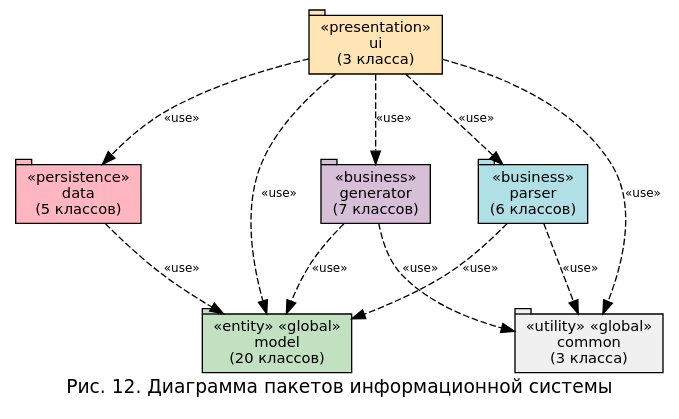
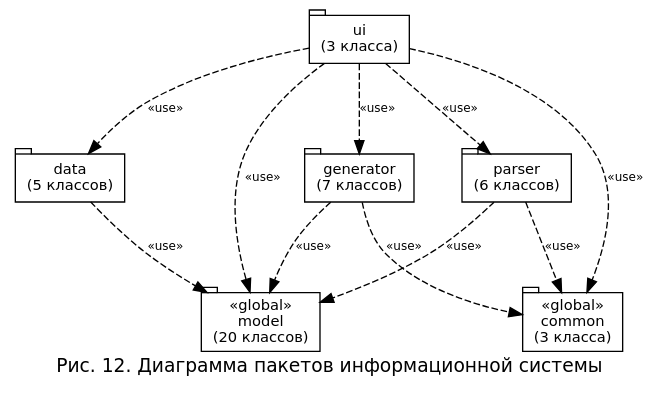
The diagram in diagrams/packages.dot (nastolbov/AutoTestGeneratorUpdate), drawn with Graphviz before and after one commit. The commit also changed 37 other files, not shown here.

```diff
--- a/diagrams/packages.dot
+++ b/diagrams/packages.dot
@@ -1,34 +1,29 @@
 digraph Packages {
-    rankdir=TB;
-    fontname="DejaVu Sans";
-    label="Рис. 12. Диаграмма пакетов информационной системы";
-    labelloc="b";
-    fontsize=14;
-    nodesep=0.5;
-    ranksep=0.8;
+    rankdir=TB; fontname="DejaVu Sans"; fontsize=14;
+    label="Рис. 12. Диаграмма пакетов информационной системы"; labelloc=b;
+    nodesep=0.5; ranksep=0.8;
+    node [shape=tab, fontname="DejaVu Sans", fontsize=11, style=filled, fillcolor=white];
+    edge [color=black, fontname="DejaVu Sans", fontsize=9];
 
-    node [shape=tab, fontname="DejaVu Sans", fontsize=11, style="filled"];
-    edge [fontname="DejaVu Sans", fontsize=9];
-
-    ui       [label="«presentation»\nui\n(3 класса)",      fillcolor="#FFE4B5"];
-    parser   [label="«business»\nparser\n(6 классов)",      fillcolor="#B0E0E6"];
-    generator[label="«business»\ngenerator\n(7 классов)",   fillcolor="#D8BFD8"];
-    data     [label="«persistence»\ndata\n(5 классов)",     fillcolor="#FFB6C1"];
-    model    [label="«entity» «global»\nmodel\n(20 классов)", fillcolor="#C1E1C1"];
-    common   [label="«utility» «global»\ncommon\n(3 класса)", fillcolor="#F0F0F0"];
+    ui        [label="ui\n(3 класса)"];
+    parser    [label="parser\n(6 классов)"];
+    generator [label="generator\n(7 классов)"];
+    data      [label="data\n(5 классов)"];
+    model     [label="«global»\nmodel\n(20 классов)"];
+    common    [label="«global»\ncommon\n(3 класса)"];
 
     ui -> parser    [label="«use»", style=dashed];
     ui -> generator [label="«use»", style=dashed];
     ui -> data      [label="«use»", style=dashed];
     ui -> model     [label="«use»", style=dashed];
     ui -> common    [label="«use»", style=dashed];
 
     parser    -> model  [label="«use»", style=dashed];
     parser    -> common [label="«use»", style=dashed];
     generator -> model  [label="«use»", style=dashed];
     generator -> common [label="«use»", style=dashed];
     data      -> model  [label="«use»", style=dashed];
 
     { rank=same; parser; generator; data; }
     { rank=same; model; common; }
 }
```
